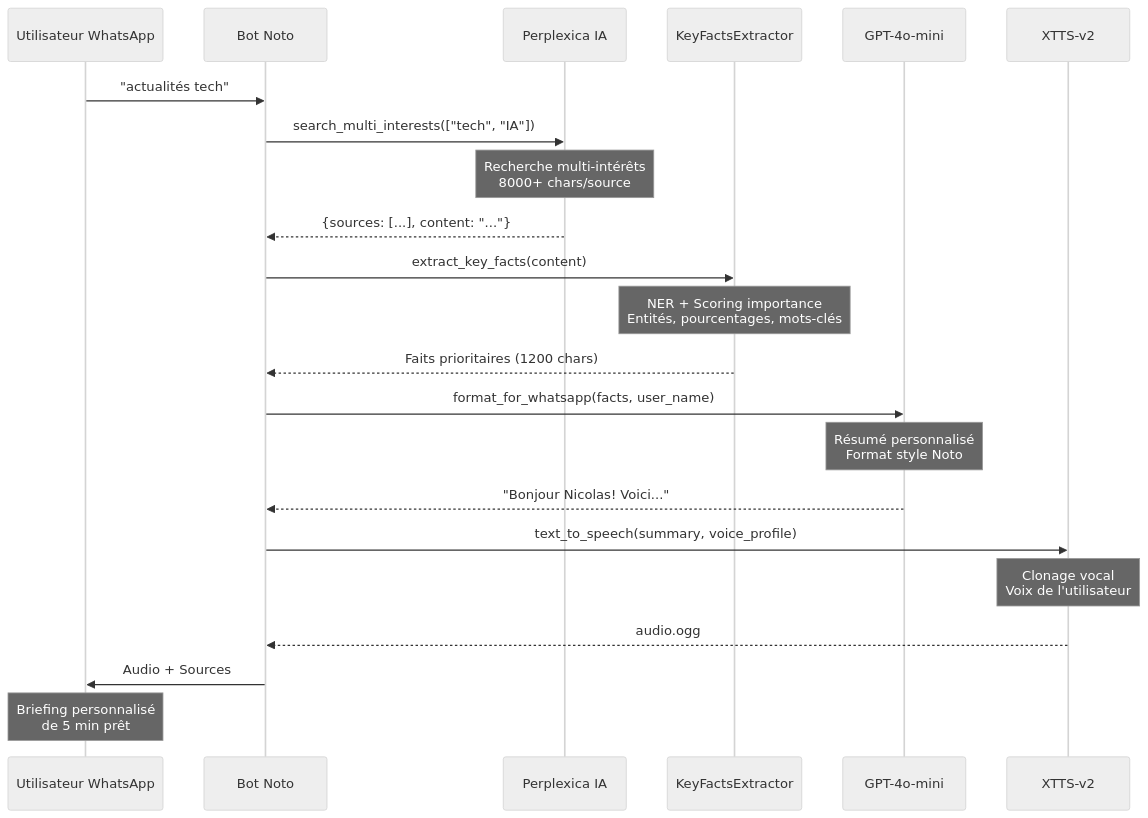
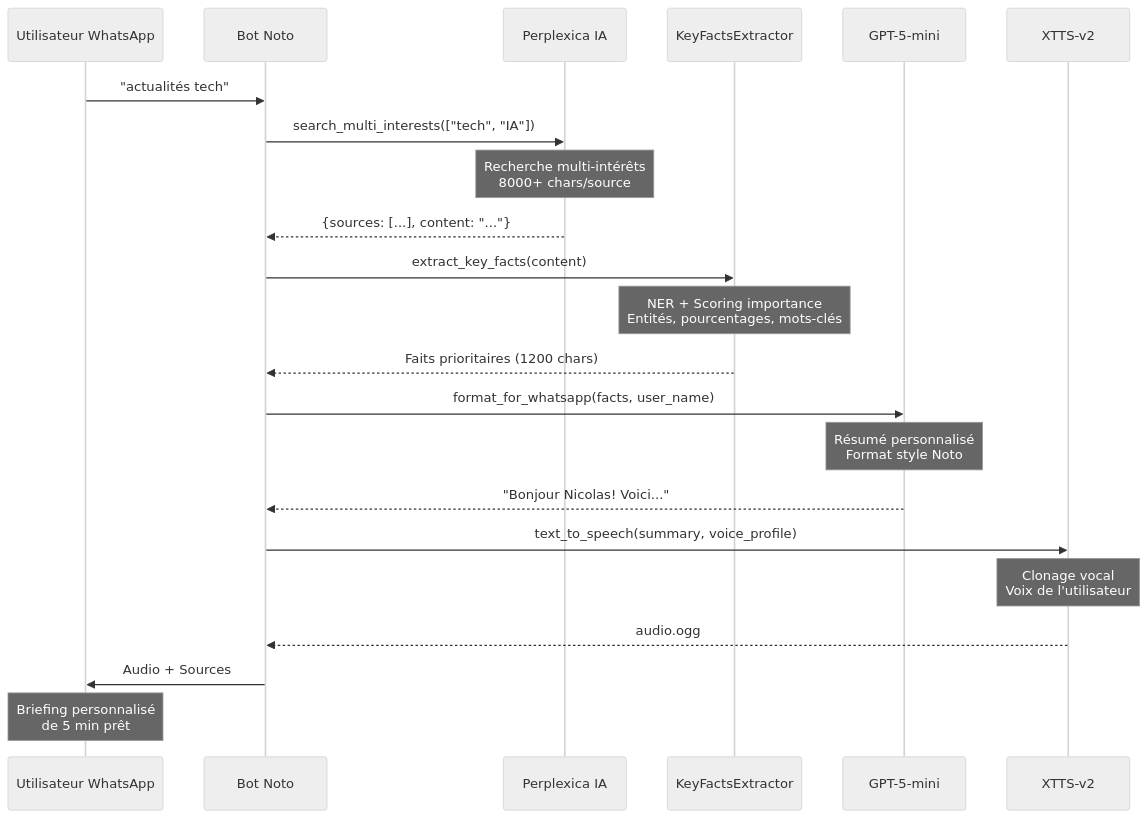
The second of 2 diagrams in README.md (Aguern/Noto), drawn with Mermaid (neutral theme) before and after one commit. The commit also changed other lines of this file, not shown here.

````diff
--- a/README.md
+++ b/README.md
@@ -100,29 +100,29 @@
 ```mermaid
 sequenceDiagram
     participant User as Utilisateur WhatsApp
     participant Bot as Bot Noto
     participant Perp as Perplexica IA
     participant NER as KeyFactsExtractor
-    participant LLM as GPT-4o-mini
+    participant LLM as GPT-5-mini
     participant TTS as XTTS-v2
 
     User->>Bot: "actualités tech"
     Bot->>Perp: search_multi_interests(["tech", "IA"])
     Note over Perp: Recherche multi-intérêts<br/>8000+ chars/source
     Perp-->>Bot: {sources: [...], content: "..."}
 
     Bot->>NER: extract_key_facts(content)
     Note over NER: NER + Scoring importance<br/>Entités, pourcentages, mots-clés
     NER-->>Bot: Faits prioritaires (1200 chars)
 
     Bot->>LLM: format_for_whatsapp(facts, user_name)
     Note over LLM: Résumé personnalisé<br/>Format style Noto
     LLM-->>Bot: "Bonjour Nicolas! Voici..."
 
     Bot->>TTS: text_to_speech(summary, voice_profile)
     Note over TTS: Clonage vocal<br/>Voix de l'utilisateur
     TTS-->>Bot: audio.ogg
 
     Bot->>User: Audio + Sources
     Note over User: Briefing personnalisé<br/>de 5 min prêt
 ```
````
